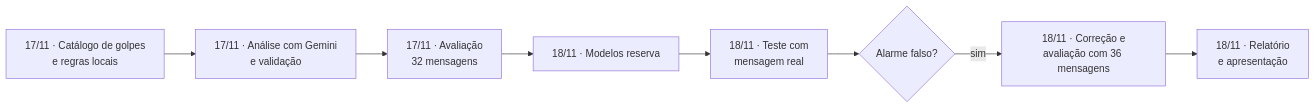
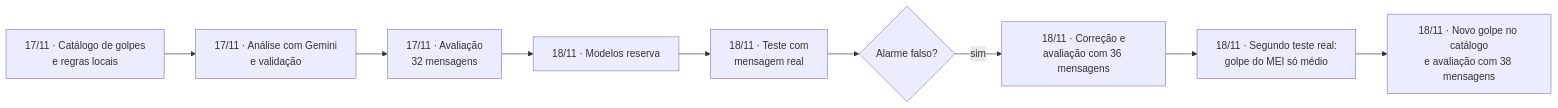
One commit to gustavohleao/alertagolpe changed the first of 3 diagrams in docs/RELATORIO.md. Above: the diagram before and after it, drawn with Mermaid. The commit also changed other lines of this file and 10 other files, not shown here.

First line of the commit message:
AlertaGolpe: golpe de falsa regularizacao do MEI e remocao dos exemplos

````diff
--- a/docs/RELATORIO.md
+++ b/docs/RELATORIO.md
@@ -101,10 +102,11 @@
 ```mermaid
 flowchart LR
     A[17/11 · Catálogo de golpes<br/>e regras locais] --> B[17/11 · Análise com Gemini<br/>e validação]
     B --> C[17/11 · Avaliação<br/>32 mensagens]
     C --> D[18/11 · Modelos reserva]
     D --> E[18/11 · Teste com<br/>mensagem real]
     E --> F{Alarme falso?}
     F -->|sim| G[18/11 · Correção e<br/>avaliação com 36 mensagens]
-    G --> H[18/11 · Relatório<br/>e apresentação]
+    G --> H[18/11 · Segundo teste real:<br/>golpe do MEI só médio]
+    H --> I[18/11 · Novo golpe no catálogo<br/>e avaliação com 38 mensagens]
 ```
````
